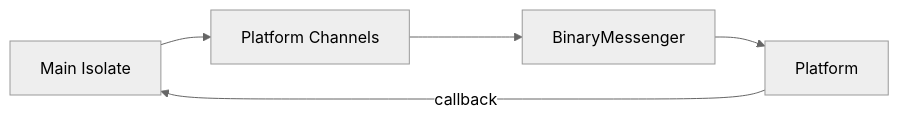
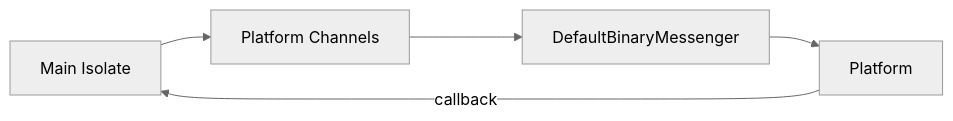
Before and after one commit to sensuikan1973/flutter_expensive_native_embedding_journey: the second of 3 diagrams in slide/pages/journey_platform-specific_APIs.md, drawn with Mermaid (neutral theme).

````diff
--- a/slide/pages/journey_platform-specific_APIs.md
+++ b/slide/pages/journey_platform-specific_APIs.md
@@ -72,7 +72,7 @@
 ```mermaid
 flowchart LR
     M["Main#32;Isolate"] --> P["Platform#32;Channels"]
-    P --> D["BinaryMessenger"]
+    P --> D["DefaultBinaryMessenger"]
     D --> P2["Platform"]
     P2 -->|callback| M
 ```
````
